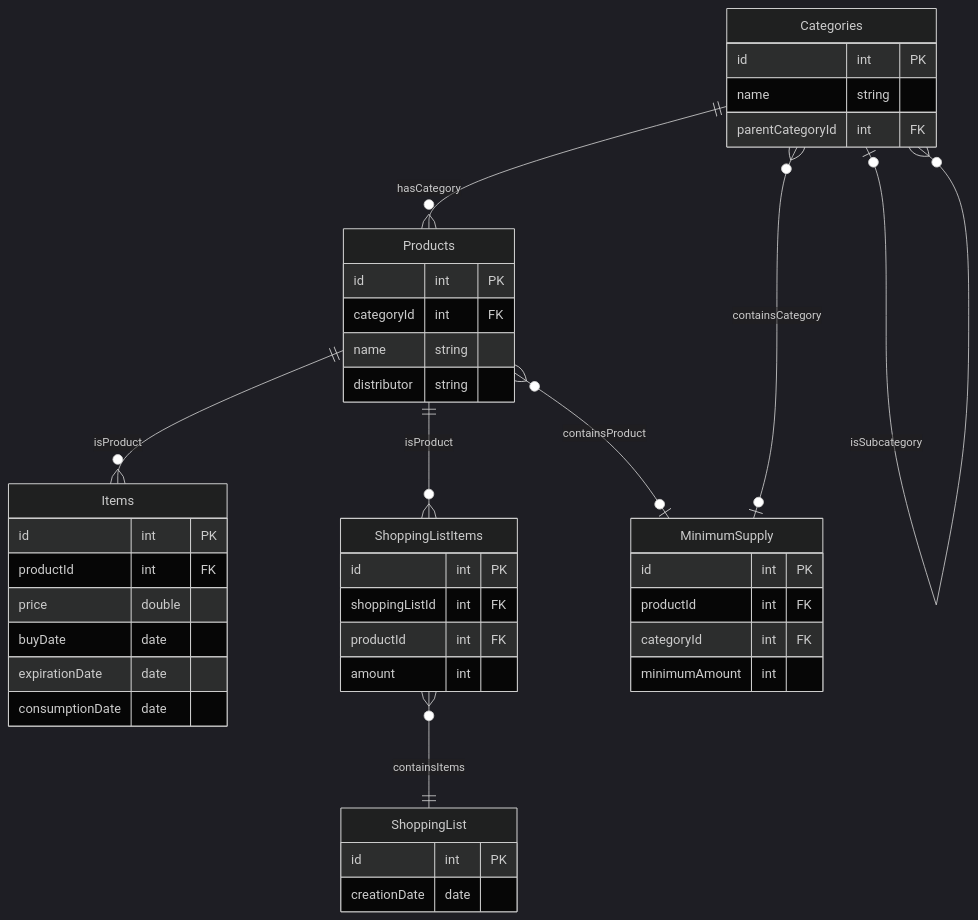
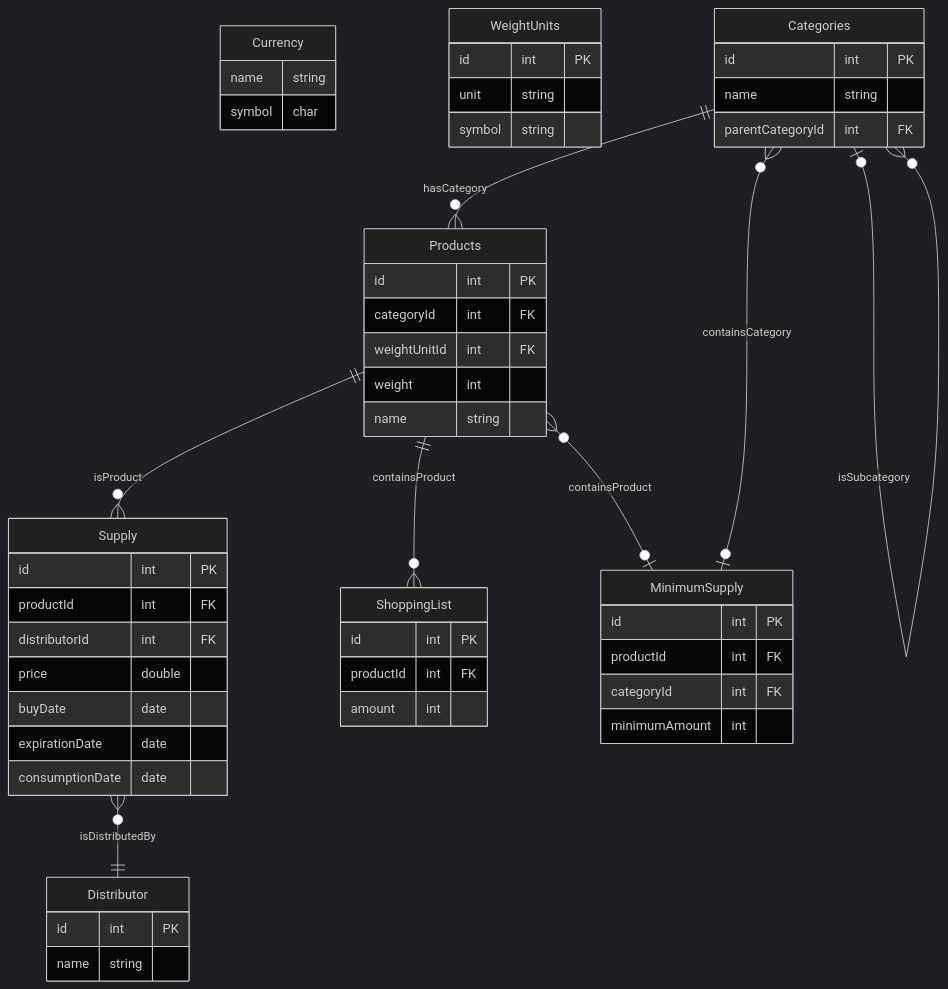
The diagram in documentation/implementation-grocery-item-tracker.md (lcov29/grocery-item-tracker), drawn with Mermaid (dark theme) before and after one commit.

Commit message:
update database diagram

````diff
--- a/documentation/implementation-grocery-item-tracker.md
+++ b/documentation/implementation-grocery-item-tracker.md
@@ -23,45 +23,55 @@
 ```mermaid
 erDiagram
+    Currency {
+        name string
+        symbol char
+    }
+    WeightUnits {
+        id int PK
+        unit string 
+        symbol string
+    }
     Categories {
         id int PK
         name string
         parentCategoryId int FK
     }
     Products {
         id int PK
         categoryId int FK
+        weightUnitId int FK
+        weight int
         name string
-        distributor string
     }
-    Items {
+    Distributor {
+        id int PK
+        name string
+    }
+    Supply {
         id int PK
         productId int FK
+        distributorId int FK
         price double
         buyDate date
         expirationDate date
         consumptionDate date
     }
-    ShoppingListItems {
+    ShoppingList {
         id int PK
-        shoppingListId int FK
         productId int FK
         amount int
-    }
-    ShoppingList {
-        id int PK
-        creationDate date
     }
     MinimumSupply {
         id int PK
         productId int FK
         categoryId int FK
         minimumAmount int
     }
     Categories |o--o{ Categories : isSubcategory
     Categories ||--o{ Products : hasCategory
-    Products ||--o{ Items : isProduct
-    Products ||--o{ ShoppingListItems: isProduct
-    ShoppingListItems }o--|| ShoppingList : containsItems
+    Supply }o--|| Distributor: isDistributedBy
+    Products ||--o{ Supply : isProduct
+    Products ||--o{ ShoppingList: containsProduct
     Products }o--o| MinimumSupply : containsProduct
     Categories }o--o| MinimumSupply : containsCategory
 ```
````
